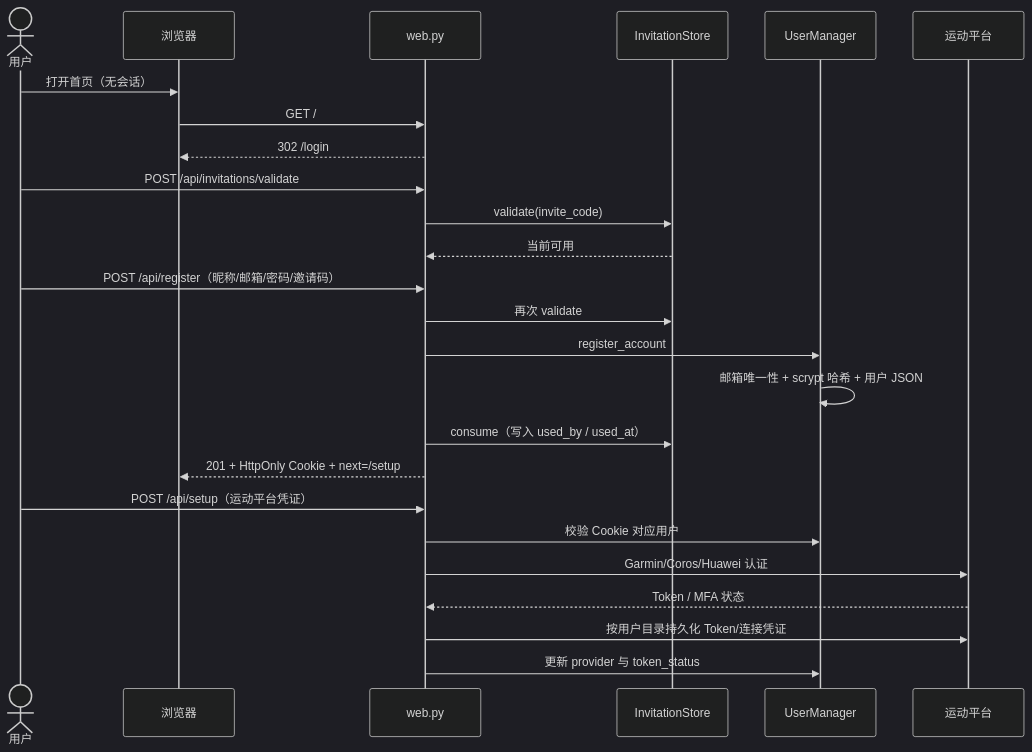
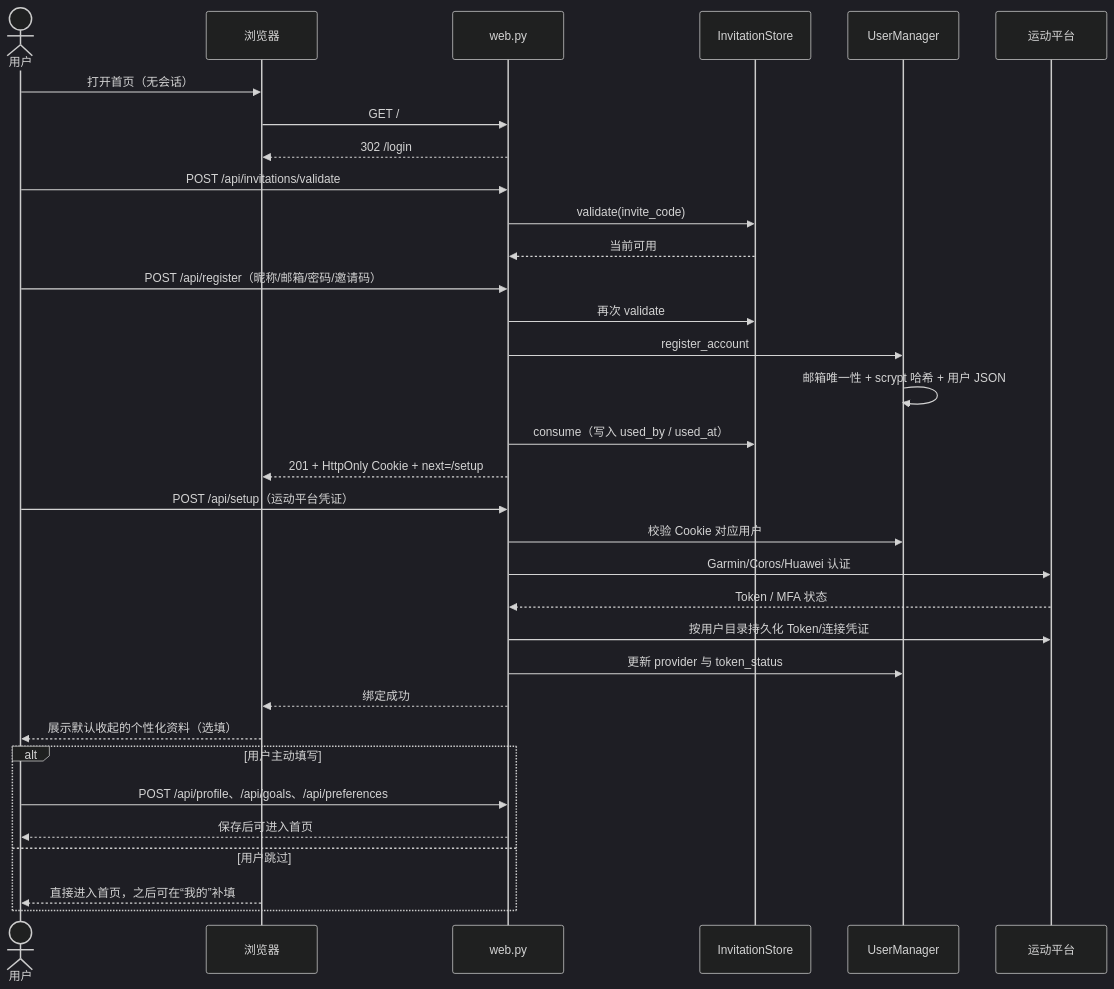
The fifth of 6 diagrams in docs/design/05-data-flow.md (qd1993102/rundown), drawn with Mermaid (dark theme) before and after one commit. The commit also changed other lines of this file and 29 other files, not shown here.

````diff
--- a/docs/design/05-data-flow.md
+++ b/docs/design/05-data-flow.md
@@ -122,28 +122,36 @@
 ```mermaid
 sequenceDiagram
     actor User as 用户
     participant Web as 浏览器
     participant API as web.py
     participant Invite as InvitationStore
     participant Users as UserManager
     participant Provider as 运动平台
 
     User->>Web: 打开首页（无会话）
     Web->>API: GET /
     API-->>Web: 302 /login
     User->>API: POST /api/invitations/validate
     API->>Invite: validate(invite_code)
     Invite-->>API: 当前可用
     User->>API: POST /api/register（昵称/邮箱/密码/邀请码）
     API->>Invite: 再次 validate
     API->>Users: register_account
     Users->>Users: 邮箱唯一性 + scrypt 哈希 + 用户 JSON
     API->>Invite: consume（写入 used_by / used_at）
     API-->>Web: 201 + HttpOnly Cookie + next=/setup
     User->>API: POST /api/setup（运动平台凭证）
     API->>Users: 校验 Cookie 对应用户
     API->>Provider: Garmin/Coros/Huawei 认证
     Provider-->>API: Token / MFA 状态
     API->>Provider: 按用户目录持久化 Token/连接凭证
     API->>Users: 更新 provider 与 token_status
+    API-->>Web: 绑定成功
+    Web-->>User: 展示默认收起的个性化资料（选填）
+    alt 用户主动填写
+        User->>API: POST /api/profile、/api/goals、/api/preferences
+        API-->>User: 保存后可进入首页
+    else 用户跳过
+        Web-->>User: 直接进入首页，之后可在“我的”补填
+    end
 ```
````
